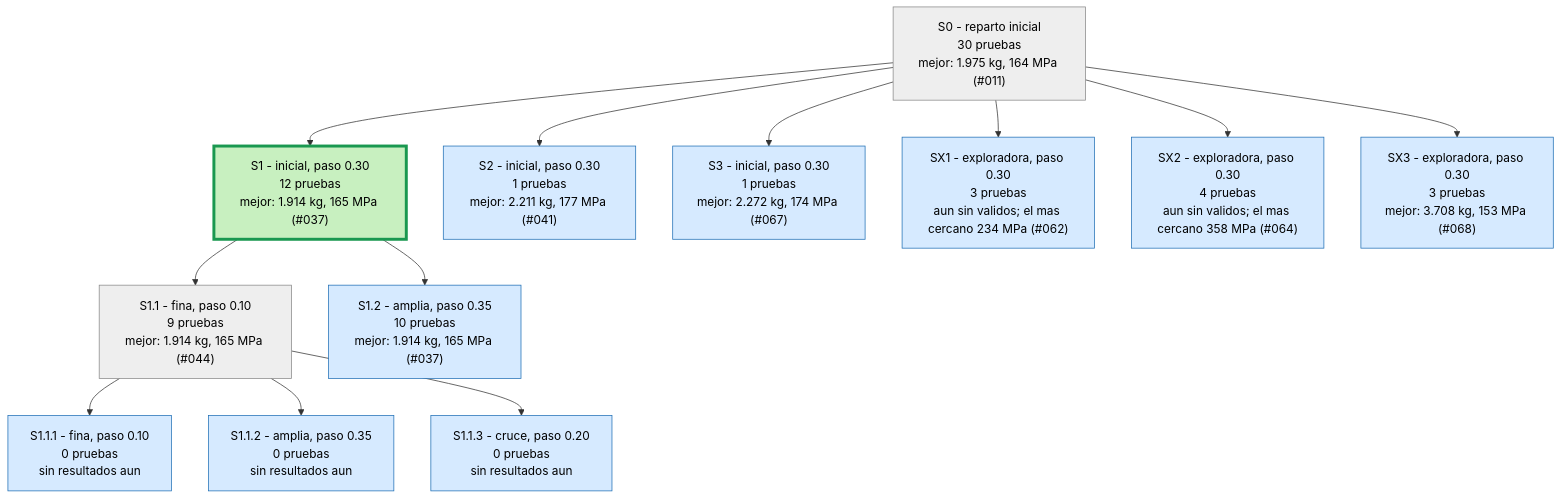
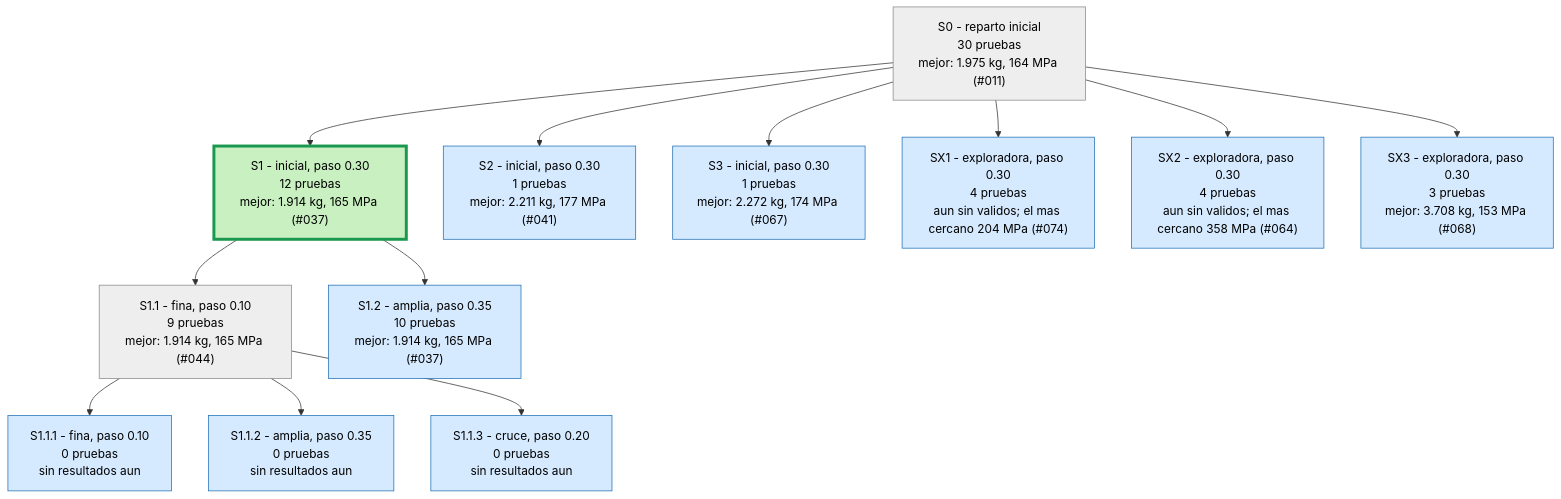
The first of 4 diagrams in runs/opt_37800N/ARBOL.md (Hugiko/msd-soporte-optimizacion), drawn with Mermaid before and after one commit. The commit also changed 22 other files, not shown here.

````diff
--- a/runs/opt_37800N/ARBOL.md
+++ b/runs/opt_37800N/ARBOL.md
@@ -9,29 +9,29 @@
 ```mermaid
 graph TD
 classDef activa fill:#d6eaff,stroke:#1f6fb5,color:#000
 classDef fin fill:#eeeeee,stroke:#888,color:#000
 classDef mejor fill:#c8f0c0,stroke:#1a9850,stroke-width:4px,color:#000
 S0["S0 - reparto inicial<br/>30 pruebas<br/>mejor: 1.975 kg, 164 MPa (#011)"]:::fin
 S1["S1 - inicial, paso 0.30<br/>12 pruebas<br/>mejor: 1.914 kg, 165 MPa (#037)"]:::mejor
 S0 --> S1
 S2["S2 - inicial, paso 0.30<br/>1 pruebas<br/>mejor: 2.211 kg, 177 MPa (#041)"]:::activa
 S0 --> S2
 S3["S3 - inicial, paso 0.30<br/>1 pruebas<br/>mejor: 2.272 kg, 174 MPa (#067)"]:::activa
 S0 --> S3
 S1_1["S1.1 - fina, paso 0.10<br/>9 pruebas<br/>mejor: 1.914 kg, 165 MPa (#044)"]:::fin
 S1 --> S1_1
 S1_2["S1.2 - amplia, paso 0.35<br/>10 pruebas<br/>mejor: 1.914 kg, 165 MPa (#037)"]:::activa
 S1 --> S1_2
 S1_1_1["S1.1.1 - fina, paso 0.10<br/>0 pruebas<br/>sin resultados aun"]:::activa
 S1_1 --> S1_1_1
 S1_1_2["S1.1.2 - amplia, paso 0.35<br/>0 pruebas<br/>sin resultados aun"]:::activa
 S1_1 --> S1_1_2
 S1_1_3["S1.1.3 - cruce, paso 0.20<br/>0 pruebas<br/>sin resultados aun"]:::activa
 S1_1 --> S1_1_3
-SX1["SX1 - exploradora, paso 0.30<br/>3 pruebas<br/>aun sin validos; el mas cercano 234 MPa (#062)"]:::activa
+SX1["SX1 - exploradora, paso 0.30<br/>4 pruebas<br/>aun sin validos; el mas cercano 204 MPa (#074)"]:::activa
 S0 --> SX1
 SX2["SX2 - exploradora, paso 0.30<br/>4 pruebas<br/>aun sin validos; el mas cercano 358 MPa (#064)"]:::activa
 S0 --> SX2
 SX3["SX3 - exploradora, paso 0.30<br/>3 pruebas<br/>mejor: 3.708 kg, 153 MPa (#068)"]:::activa
 S0 --> SX3
 ```
````
